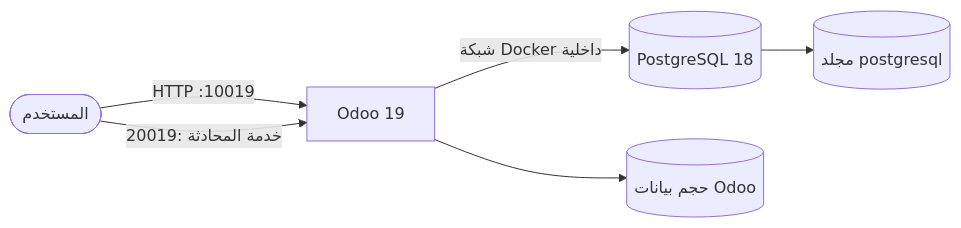
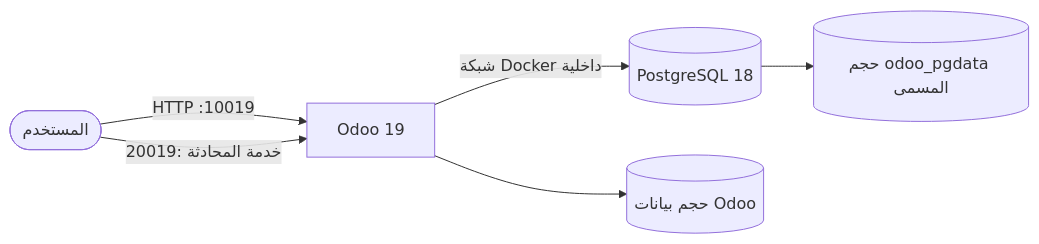
The first of 3 diagrams in InstallingOdoo 19.0Command.md (abdalazeim/InstallingOdoo19-Docker-Deployment), drawn with Mermaid before and after one commit. The commit also changed other lines of this file, not shown here.

Commit message:
Update Arabic docs: PostgreSQL 18+ named volume, PGDATA, healthcheck, auto DB init

````diff
--- a/InstallingOdoo 19.0Command.md
+++ b/InstallingOdoo 19.0Command.md
@@ -40,8 +40,8 @@
 ```mermaid
 flowchart LR
     U([المستخدم]) -->|HTTP :10019| O[Odoo 19]
     U -->|خدمة المحادثة :20019| O
     O -->|شبكة Docker داخلية| D[(PostgreSQL 18)]
-    D --> P[(مجلد postgresql)]
+    D --> P[(حجم odoo_pgdata المسمى)]
     O --> F[(حجم بيانات Odoo)]
 ```
````
